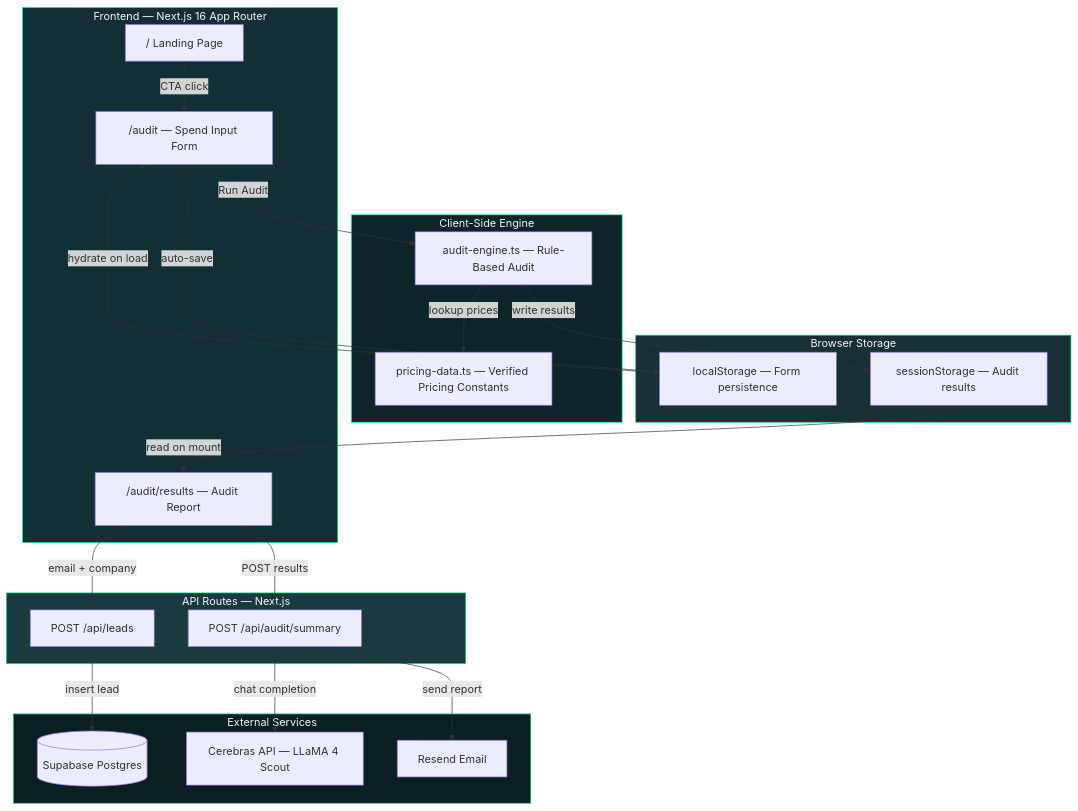
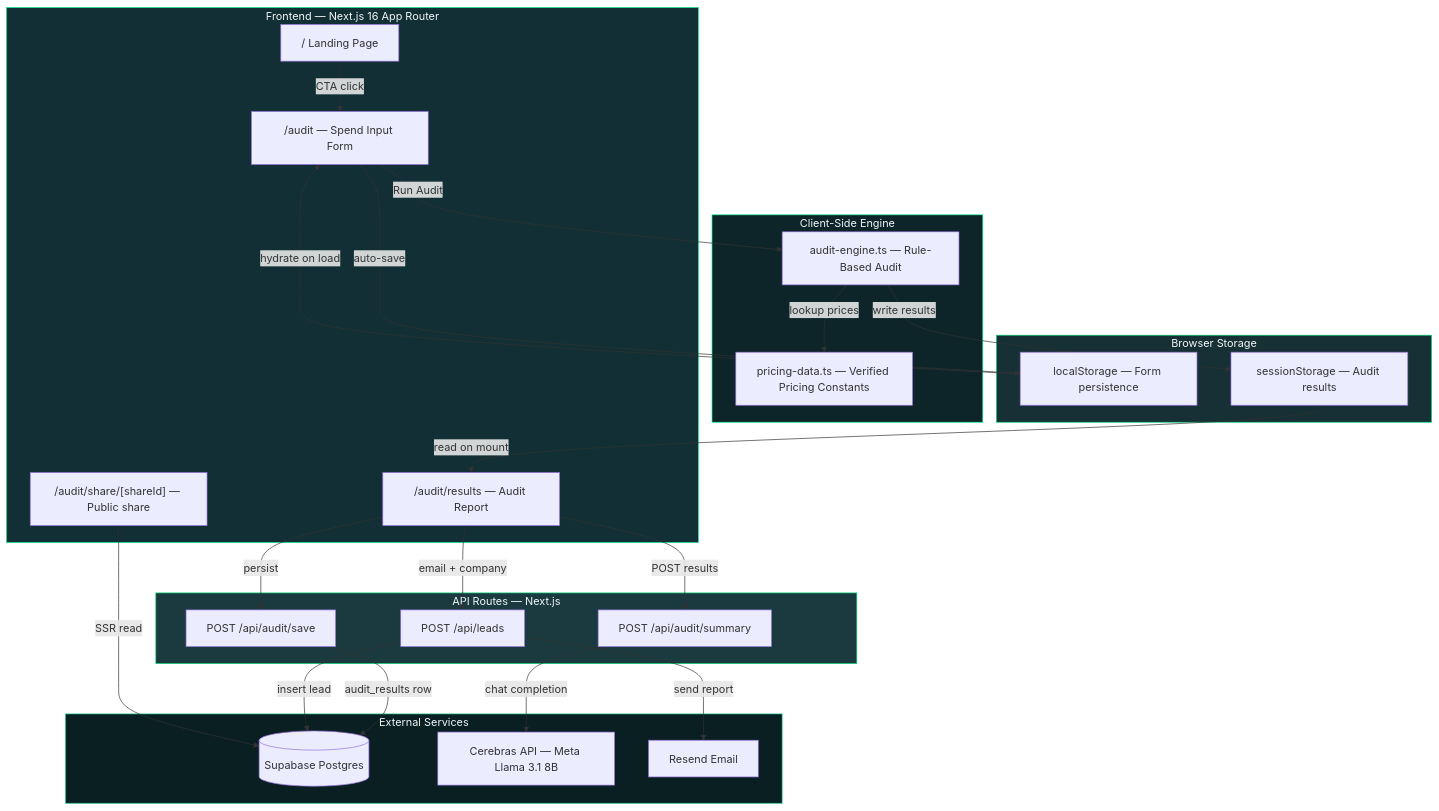
The diagram in ARCHITECTURE.md (omnipotentchaos/Credex), drawn with Mermaid before and after one commit. The commit also changed other lines of this file and 45 other files, not shown here.

````diff
--- a/ARCHITECTURE.md
+++ b/ARCHITECTURE.md
@@ -5,48 +5,53 @@
 ```mermaid
 graph TB
     subgraph Client["Frontend — Next.js 16 App Router"]
         LP["/ Landing Page"]
         AF["/audit — Spend Input Form"]
         AR["/audit/results — Audit Report"]
+        SP["/audit/share/[shareId] — Public share"]
     end
 
     subgraph API["API Routes — Next.js"]
         SM["POST /api/audit/summary"]
+        SV["POST /api/audit/save"]
         LC["POST /api/leads"]
     end
 
     subgraph Engine["Client-Side Engine"]
         AE["audit-engine.ts — Rule-Based Audit"]
         PD["pricing-data.ts — Verified Pricing Constants"]
     end
 
     subgraph External["External Services"]
         SB[(Supabase Postgres)]
-        CB[Cerebras API — LLaMA 4 Scout]
+        CB[Cerebras API — Meta Llama 3.1 8B]
         RS[Resend Email]
     end
 
     subgraph Storage["Browser Storage"]
         LS["localStorage — Form persistence"]
         SS["sessionStorage — Audit results"]
     end
 
     LP -->|"CTA click"| AF
     AF -->|"auto-save"| LS
     LS -->|"hydrate on load"| AF
     AF -->|"Run Audit"| AE
     AE -->|"lookup prices"| PD
     AE -->|"write results"| SS
     SS -->|"read on mount"| AR
     AR -->|"POST results"| SM
     SM -->|"chat completion"| CB
+    AR -->|"persist"| SV
+    SV -->|"audit_results row"| SB
     AR -->|"email + company"| LC
     LC -->|"insert lead"| SB
     LC -->|"send report"| RS
+    SP -->|"SSR read"| SB
 
     style Client fill:#112F34,stroke:#0FF395,color:#f1f5f9
     style API fill:#1a3a40,stroke:#0AD87D,color:#f1f5f9
     style Engine fill:#0d2528,stroke:#0FF395,color:#f1f5f9
     style External fill:#0a1f22,stroke:#10b981,color:#f1f5f9
     style Storage fill:#163035,stroke:#0AD87D,color:#f1f5f9
 ```
````
